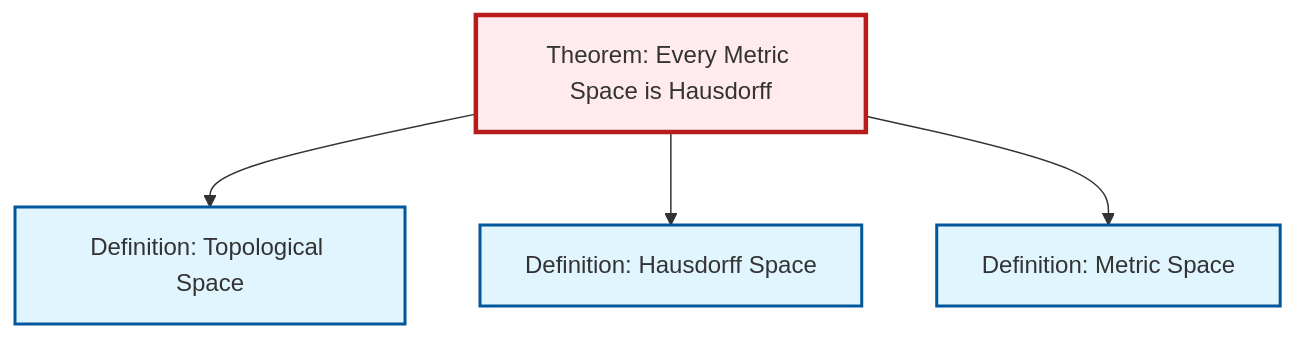
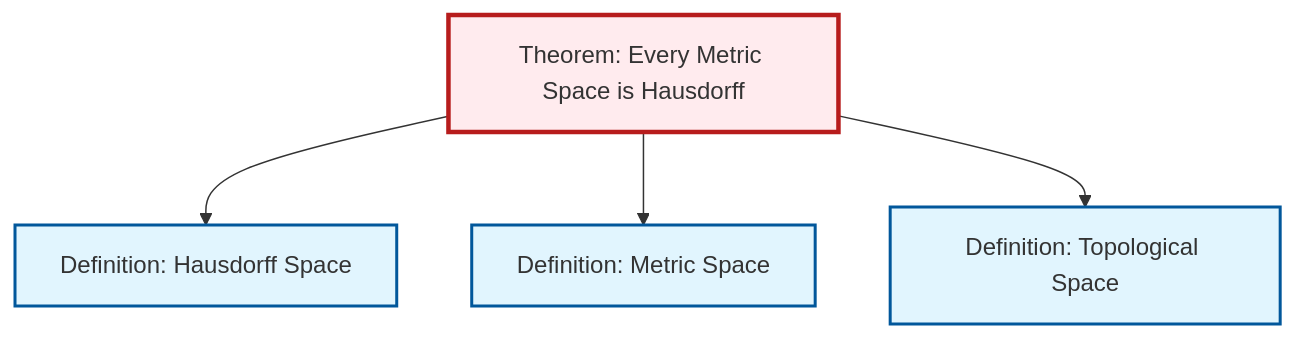
The diagram in content/ja/topology/thm-metric-hausdorff.qmd (RK0429/ModernMath), drawn with Mermaid before and after one commit. The commit also changed other lines of this file and 654 other files, not shown here.

````diff
--- a/content/ja/topology/thm-metric-hausdorff.qmd
+++ b/content/ja/topology/thm-metric-hausdorff.qmd
@@ -63,20 +64,20 @@
 ```{mermaid}
 %%| fig-cap: "Local dependency graph"
 graph TD
     classDef definition fill:#e1f5fe,stroke:#01579b,stroke-width:2px
     classDef theorem fill:#f3e5f5,stroke:#4a148c,stroke-width:2px
     classDef axiom fill:#fff3e0,stroke:#e65100,stroke-width:2px
     classDef example fill:#e8f5e9,stroke:#1b5e20,stroke-width:2px
     classDef current fill:#ffebee,stroke:#b71c1c,stroke-width:3px
+    def-metric-space["Definition: Metric Space"]:::definition
+    def-hausdorff["Definition: Hausdorff Space"]:::definition
     thm-metric-hausdorff["Theorem: Every Metric Space is Hausdorff"]:::theorem
-    def-metric-space["Definition: Metric Space"]:::definition
     def-topological-space["Definition: Topological Space"]:::definition
-    def-hausdorff["Definition: Hausdorff Space"]:::definition
-    thm-metric-hausdorff --> def-topological-space
     thm-metric-hausdorff --> def-hausdorff
     thm-metric-hausdorff --> def-metric-space
+    thm-metric-hausdorff --> def-topological-space
     class thm-metric-hausdorff current
     click def-metric-space "def-metric-space.html" "Definition: Metric Spaceへ"
+    click def-hausdorff "def-hausdorff.html" "Definition: Hausdorff Spaceへ"
     click def-topological-space "def-topological-space.html" "Definition: Topological Spaceへ"
-    click def-hausdorff "def-hausdorff.html" "Definition: Hausdorff Spaceへ"
 ```
````
